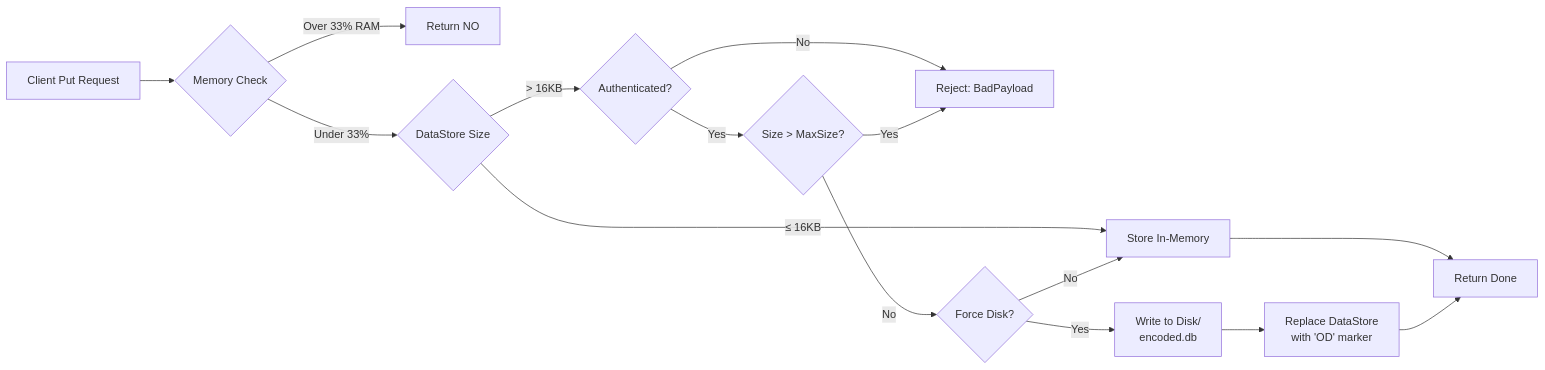
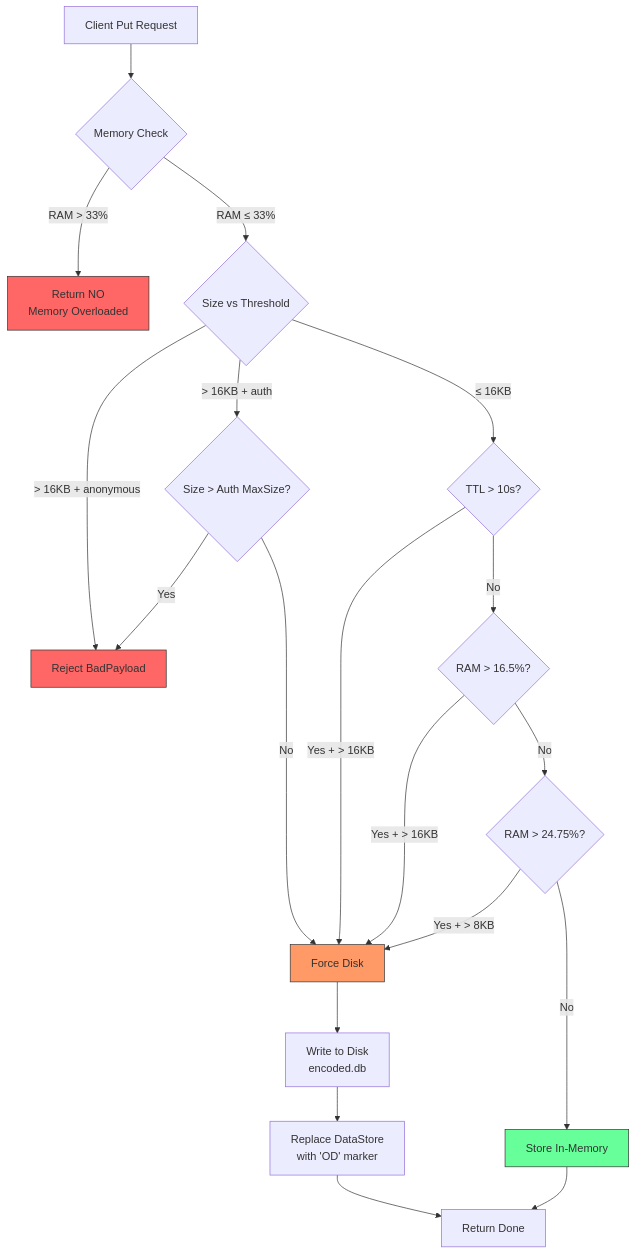
Before and after one commit to rapmd73/JackrabbitDLM: the fourth of 5 diagrams in README.md, drawn with Mermaid. The commit also changed other lines of this file, not shown here.

First line of the commit message:
Fix diagrams: Locks≠DataStores (separate IDs), dynamic disk spillover threshold

````diff
--- a/README.md
+++ b/README.md
@@ -173,17 +186,31 @@
 ```mermaid
-flowchart LR
+flowchart TD
     A[Client Put Request] --> B{Memory Check}
-    B -->|Over 33% RAM| C[Return NO]
-    B -->|Under 33%| D{DataStore Size}
-    D -->|≤ 16KB| E[Store In-Memory]
-    D -->|> 16KB| F{Authenticated?}
-    F -->|No| G[Reject: BadPayload]
-    F -->|Yes| H{Size > MaxSize?}
-    H -->|Yes| G
-    H -->|No| I{Force Disk?}
-    I -->|Yes| J[Write to Disk/<br/>encoded.db]
-    I -->|No| E
-    J --> K[Replace DataStore<br/>with 'OD' marker]
-    E --> L[Return Done]
-    K --> L
+    B -->|RAM > 33%| C[Return NO<br/>Memory Overloaded]
+    B -->|RAM ≤ 33%| D{Size vs Threshold}
+    
+    D -->|> 16KB + anonymous| E[Reject BadPayload]
+    D -->|> 16KB + auth| F{Size > Auth MaxSize?}
+    F -->|Yes| E
+    F -->|No| G[Force Disk]
+    
+    D -->|≤ 16KB| H{TTL > 10s?}
+    H -->|Yes + > 16KB| G
+    H -->|No| I{RAM > 16.5%?}
+    
+    I -->|Yes + > 16KB| G
+    I -->|No| J{RAM > 24.75%?}
+    
+    J -->|Yes + > 8KB| G
+    J -->|No| K[Store In-Memory]
+    
+    G --> L[Write to Disk<br/>encoded.db]
+    L --> M[Replace DataStore<br/>with 'OD' marker]
+    K --> N[Return Done]
+    M --> N
+
+    style G fill:#f96,stroke:#333
+    style K fill:#6f9,stroke:#333
+    style E fill:#f66,stroke:#333
+    style C fill:#f66,stroke:#333
 ```
````
